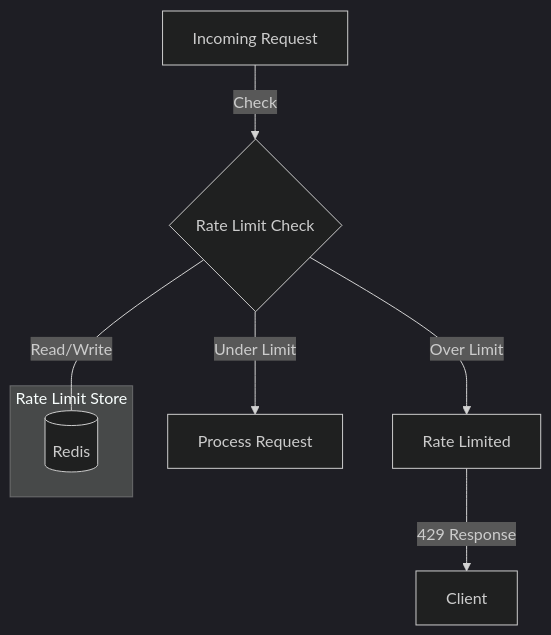
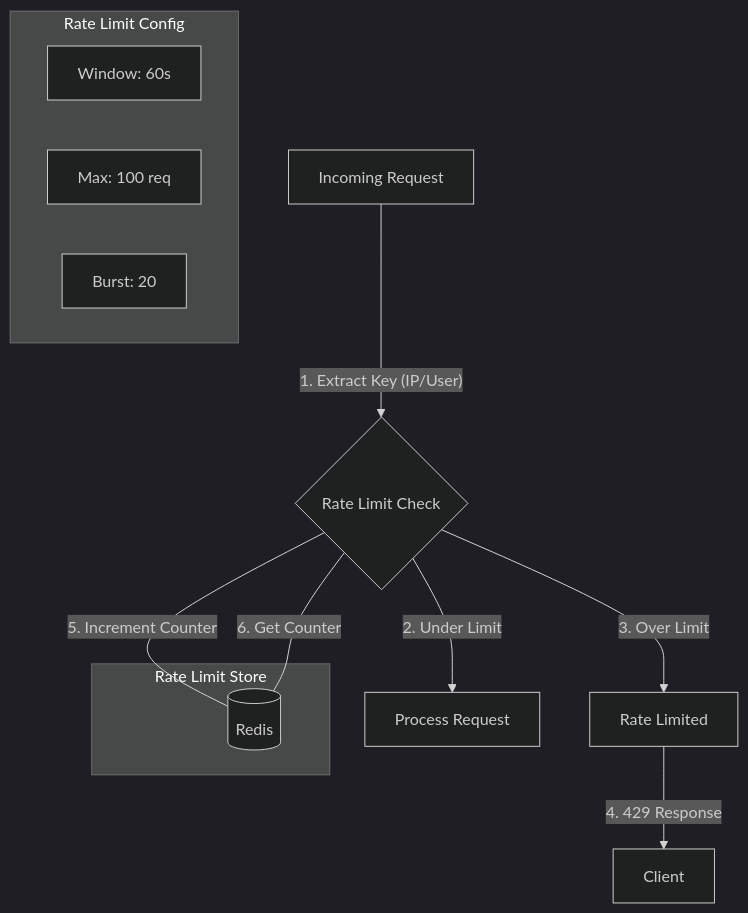
One commit to markbsigler/PetStore-TypeScript-MCP-WS changed the sixth of 8 diagrams in README.md. Above: the diagram before and after it, drawn with Mermaid (dark theme). The commit also changed other lines of this file, not shown here.

First line of the commit message:
docs: enhance Mermaid diagrams in README

````diff
--- a/README.md
+++ b/README.md
@@ -492,13 +503,20 @@
 ```mermaid
 graph TD
-    A[Incoming Request] -->|Check| B{Rate Limit Check}
-    B -->|Under Limit| C[Process Request]
-    B -->|Over Limit| D[Rate Limited]
-    D -->|429 Response| E[Client]
+    A[Incoming Request] -->|"1. Extract Key (IP/User)"| B{Rate Limit Check}
+    B -->|"2. Under Limit"| C[Process Request]
+    B -->|"3. Over Limit"| D[Rate Limited]
+    D -->|"4. 429 Response"| E[Client]
     
     subgraph Rate Limit Store
     F[(Redis)]
     end
     
-    B ---|Read/Write| F
+    B ---|"5. Increment Counter"| F
+    B ---|"6. Get Counter"| F
+    
+    subgraph Rate Limit Config
+    G[Window: 60s]
+    H[Max: 100 req]
+    I[Burst: 20]
+    end
 ```
````
